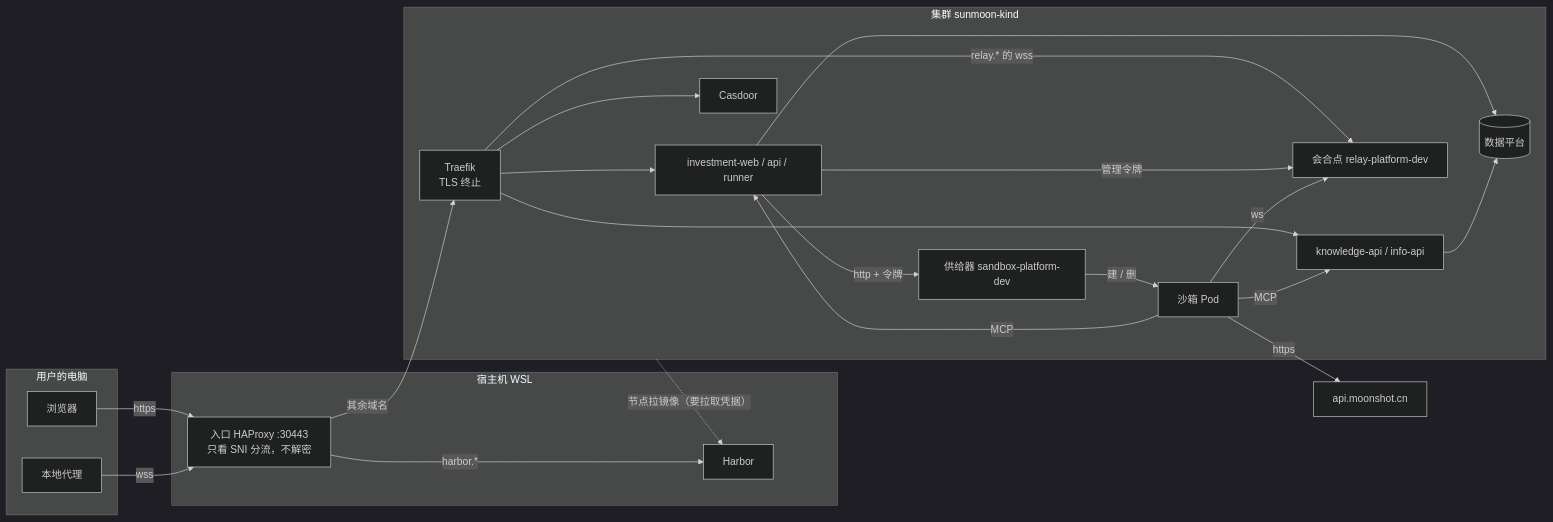
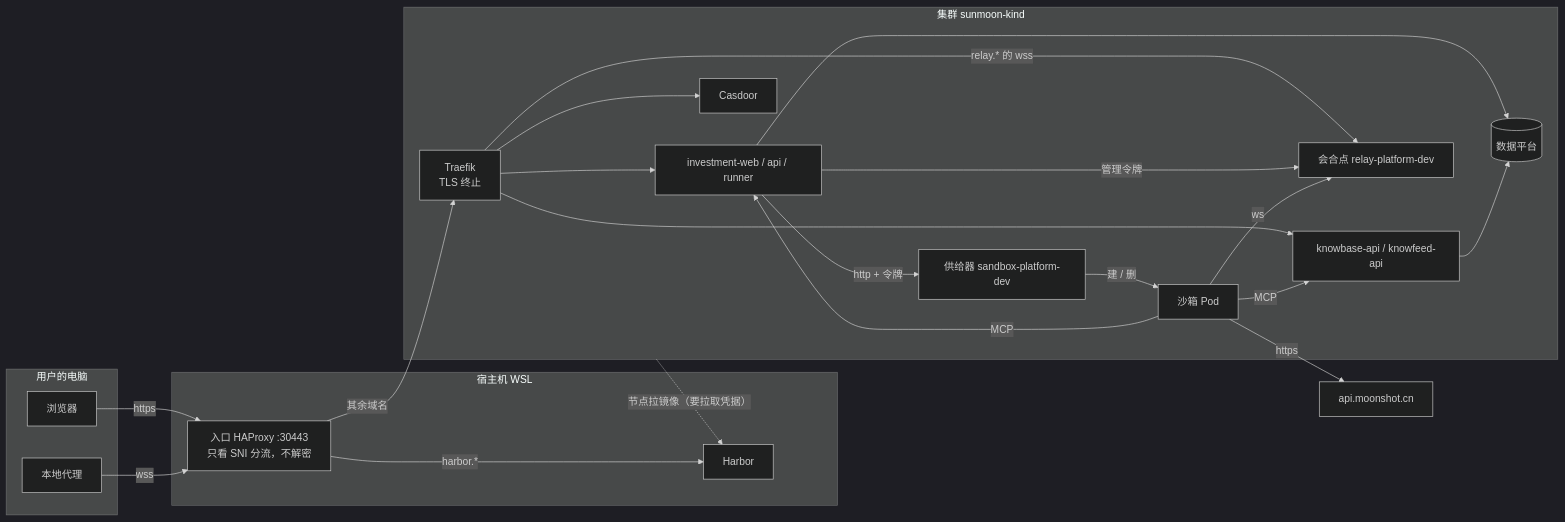
One commit to sunmoonlion/k8s changed the second of 2 diagrams in docs/拓扑.md. Above: the diagram before and after it, drawn with Mermaid (dark theme). The commit also changed other lines of this file and 268 other files, not shown here.

First line of the commit message:
rename: info → knowfeed、knowledge → knowbase（0025 R1）

````diff
--- a/docs/拓扑.md
+++ b/docs/拓扑.md
@@ -61,37 +61,37 @@
 ```mermaid
 flowchart LR
   subgraph PC[用户的电脑]
     B[浏览器]
     A[本地代理]
   end
   subgraph HOST[宿主机 WSL]
     E[入口 HAProxy :30443<br/>只看 SNI 分流，不解密]
     H[Harbor]
   end
   subgraph K8S[集群 sunmoon-kind]
     T[Traefik<br/>TLS 终止]
     W[investment-web / api / runner]
     C[Casdoor]
-    KA[knowledge-api / info-api]
+    KA[knowbase-api / knowfeed-api]
     RL[会合点 relay-platform-dev]
     P[供给器 sandbox-platform-dev]
     S[沙箱 Pod]
     D[(数据平台)]
   end
   M[api.moonshot.cn]
 
   B -- https --> E
   A -- wss --> E
   E -- harbor.* --> H
   E -- 其余域名 --> T
   T --> W & C & KA
   T -- "relay.* 的 wss" --> RL
   W -- 管理令牌 --> RL
   S -- ws --> RL
   W -- http + 令牌 --> P
   P -- 建 / 删 --> S
   S -- MCP --> W & KA
   S -- https --> M
   W & KA --> D
   K8S -. 节点拉镜像（要拉取凭据） .-> H
 ```
````
